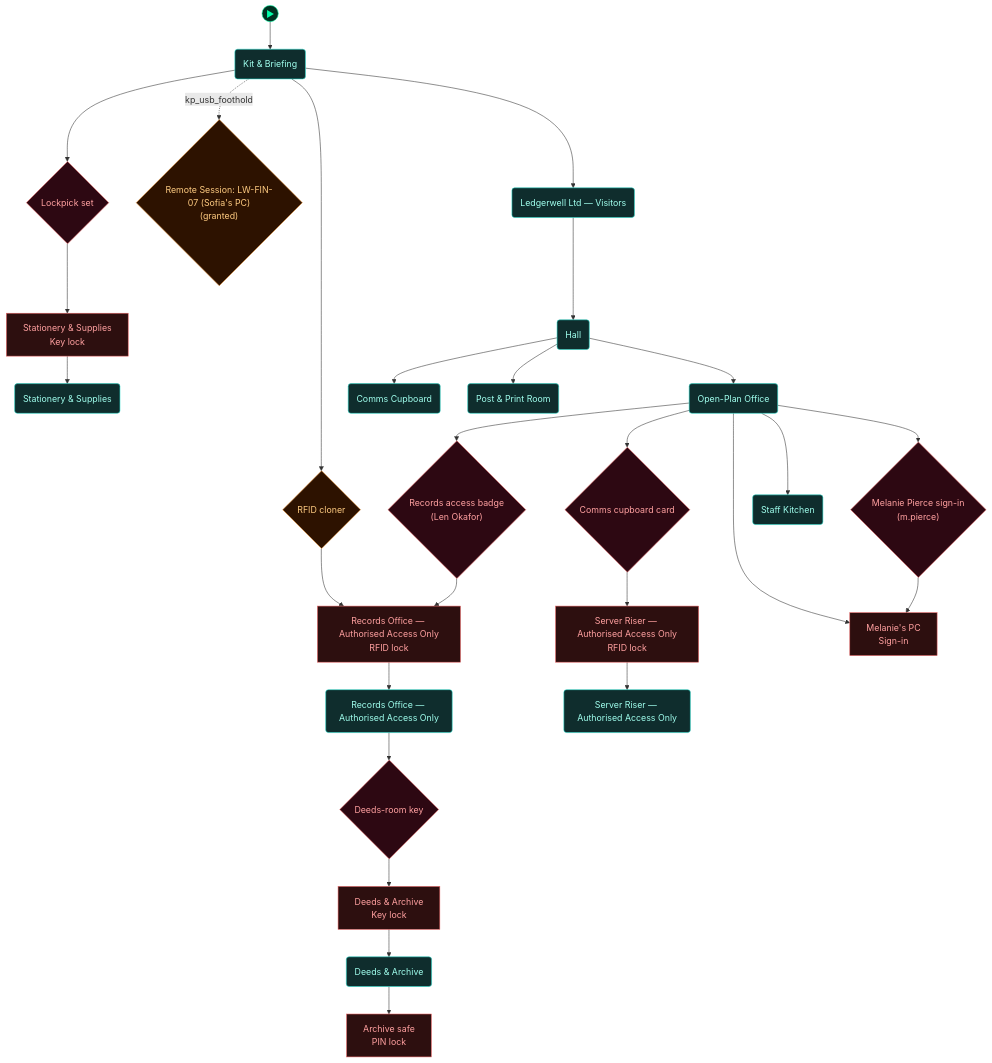
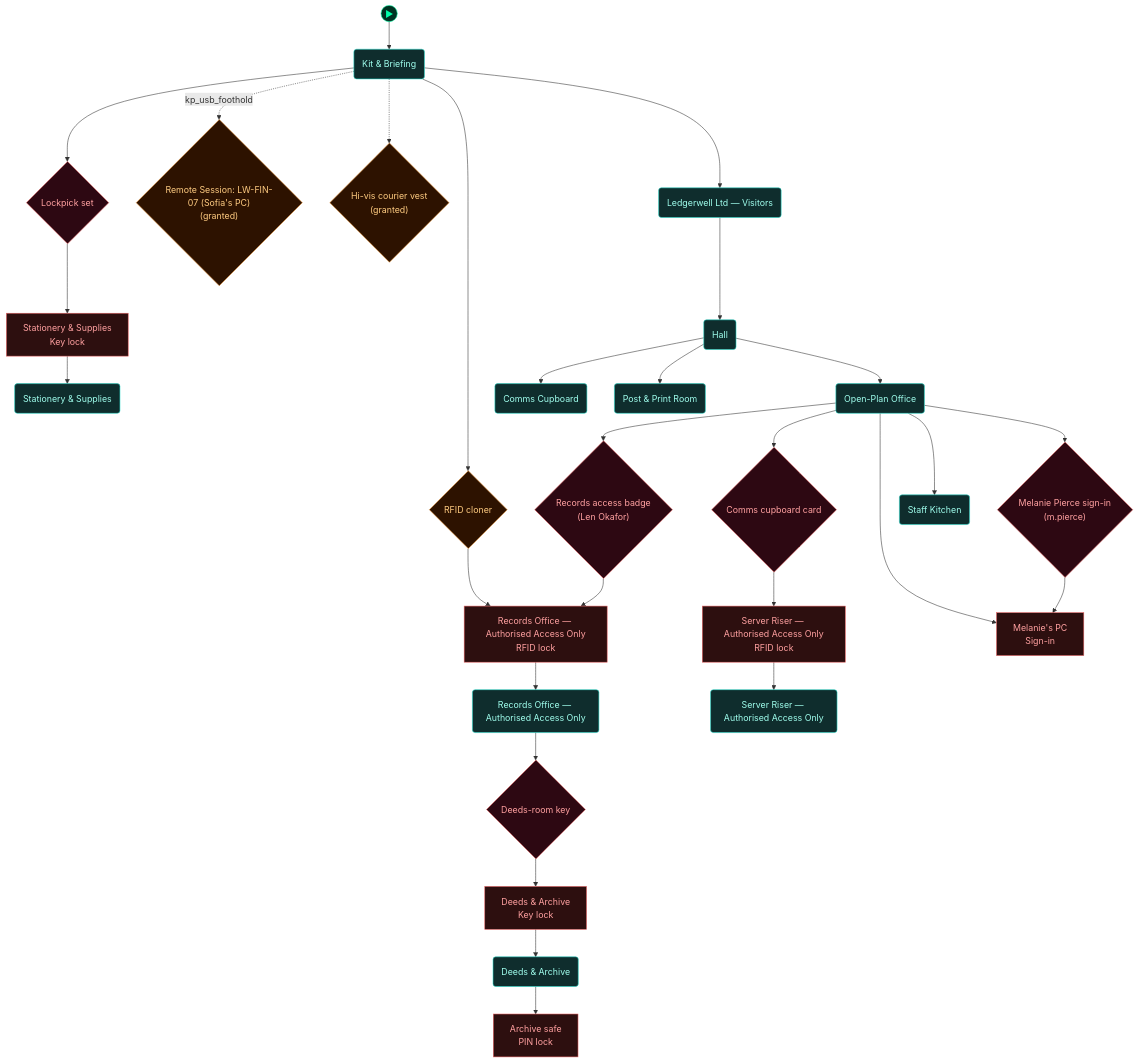
Before and after one commit to cliffe/BreakEscape: the first of 5 diagrams in scenarios/lab_physical_pentest/dungeon_graph.md, drawn with Mermaid. The commit also changed other lines of this file and 7 other files, not shown here.

First line of the commit message:
lab_physical_pentest: the hi-vis is carried again, and the carried vest puts the disguise on and takes it off

````diff
--- a/scenarios/lab_physical_pentest/dungeon_graph.md
+++ b/scenarios/lab_physical_pentest/dungeon_graph.md
@@ -51,78 +51,80 @@
 ```mermaid
 flowchart TD
 
   classDef room      fill:#0f2d2d,stroke:#22ddcc,color:#a0ffee
   classDef lock      fill:#2d0f0f,stroke:#e66060,color:#ffa0a0
   classDef key       fill:#2d0812,stroke:#e66060,color:#ffa0a0
   classDef item      fill:#2d1200,stroke:#e89030,color:#ffcc80
   classDef gate      fill:#111,stroke:#666,color:#eee
   classDef vm        fill:#0c1f40,stroke:#4a90d9,color:#a0c8ff
   classDef flag      fill:#1a0c2d,stroke:#9060d0,color:#cc99ff
   classDef action    fill:#1a1200,stroke:#cc9922,color:#ffee88
   classDef aim       fill:#0d2a0d,stroke:#44cc44,color:#88ff88
   classDef aim_gate  fill:#111111,stroke:#44cc44,color:#44cc44
   classDef container fill:#1a2d1a,stroke:#60b060,color:#a0e0a0
   classDef npc       fill:#2d1f0d,stroke:#d0a050,color:#ffe0a0
   classDef critical  fill:#2a1500,stroke:#ffaa00,color:#ffdd88
   classDef start     fill:#003322,stroke:#00ffaa,color:#00ffaa
 
   node_start(("▶"))
   node_start --> briefing_room
 
   door_secure_area["Records Office — Authorised Access Only<br/>RFID lock"]
   secure_area("Records Office — Authorised Access Only")
   door_store_room["Stationery & Supplies<br/>Key lock"]
   store_room("Stationery & Supplies")
   door_P5["Server Riser — Authorised Access Only<br/>RFID lock"]
   P5("Server Riser — Authorised Access Only")
   door_P4["Deeds & Archive<br/>Key lock"]
   P4("Deeds & Archive")
   briefing_room("Kit & Briefing")
   lockpick_set{"Lockpick set"}
   rfid_cloner{"RFID cloner"}
   open_plan("Open-Plan Office")
   comms_cupboard_card{"Comms cupboard card"}
   lock_staff_pc_2["Melanie's PC<br/>Sign-in"]
   deeds_room_key{"Deeds-room key"}
   lock_p4_safe["Archive safe<br/>PIN lock"]
   grant_records_remote_session{"Remote Session: LW-FIN-07 (Sofia's PC)<br/>(granted)"}
+  grant_kit_hivis_vest{"Hi-vis courier vest<br/>(granted)"}
   card_cm_records_badge{"Records access badge<br/>(Len Okafor)"}
   signin_pierce{"Melanie Pierce sign-in<br/>(m.pierce)"}
   reception("Ledgerwell Ltd — Visitors")
   hall("Hall")
   P3("Comms Cupboard")
   P1("Post & Print Room")
   P2("Staff Kitchen")
 
   door_secure_area --> secure_area
   door_store_room --> store_room
   door_P5 --> P5
   door_P4 --> P4
   briefing_room --> lockpick_set
   lockpick_set --> door_store_room
   briefing_room --> rfid_cloner
   rfid_cloner --> door_secure_area
   open_plan --> comms_cupboard_card
   comms_cupboard_card --> door_P5
   open_plan --> lock_staff_pc_2
   secure_area --> deeds_room_key
   deeds_room_key --> door_P4
   P4 --> lock_p4_safe
   briefing_room -.->|kp_usb_foothold| grant_records_remote_session
+  briefing_room -.-> grant_kit_hivis_vest
   open_plan --> card_cm_records_badge
   card_cm_records_badge --> door_secure_area
   open_plan --> signin_pierce
   signin_pierce --> lock_staff_pc_2
   briefing_room --> reception
   reception --> hall
   hall --> open_plan
   hall --> P3
   hall --> P1
   open_plan --> P2
 
   class door_secure_area,door_store_room,door_P5,door_P4,lock_staff_pc_2,lock_p4_safe lock
   class secure_area,store_room,P5,P4,briefing_room,open_plan,reception,hall,P3,P1,P2 room
   class lockpick_set,comms_cupboard_card,deeds_room_key,card_cm_records_badge,signin_pierce key
-  class rfid_cloner,grant_records_remote_session item
+  class rfid_cloner,grant_records_remote_session,grant_kit_hivis_vest item
   class node_start start
 ```
````
